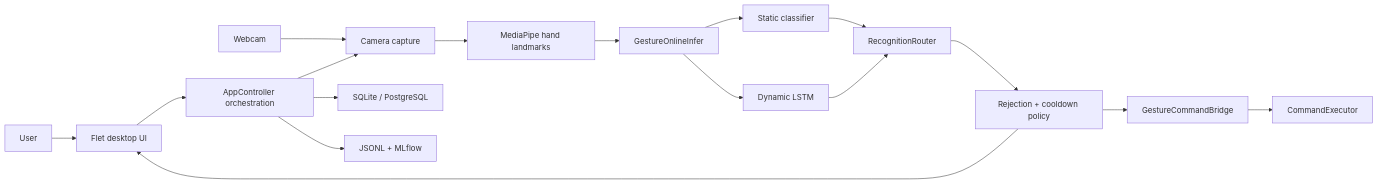
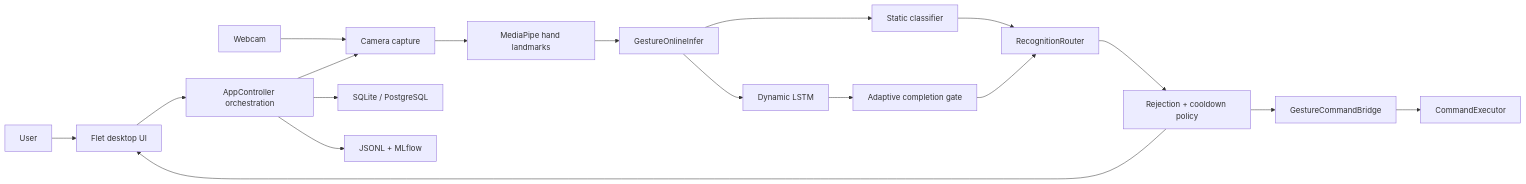
Before and after one commit to Rafaildavar/DPLM: the first of 3 diagrams in ARCHITECTURE.md, drawn with Mermaid. The commit also changed other lines of this file and 24 other files, not shown here.

Commit message:
Add adaptive dynamic gesture completion gate

````diff
--- a/ARCHITECTURE.md
+++ b/ARCHITECTURE.md
@@ -38,19 +38,20 @@
 ```mermaid
 flowchart LR
     User["User"] --> UI["Flet desktop UI"]
     Camera["Webcam"] --> Capture["Camera capture"]
     UI --> Controller["AppController orchestration"]
     Controller --> Capture
     Capture --> MP["MediaPipe hand landmarks"]
     MP --> Infer["GestureOnlineInfer"]
     Infer --> Static["Static classifier"]
     Infer --> Dynamic["Dynamic LSTM"]
+    Dynamic --> Completion["Adaptive completion gate"]
     Static --> Router["RecognitionRouter"]
-    Dynamic --> Router
+    Completion --> Router
     Router --> Policy["Rejection + cooldown policy"]
     Policy --> UI
     Policy --> Bridge["GestureCommandBridge"]
     Bridge --> Commands["CommandExecutor"]
     Controller --> Storage["SQLite / PostgreSQL"]
     Controller --> Logs["JSONL + MLflow"]
 ```
````
